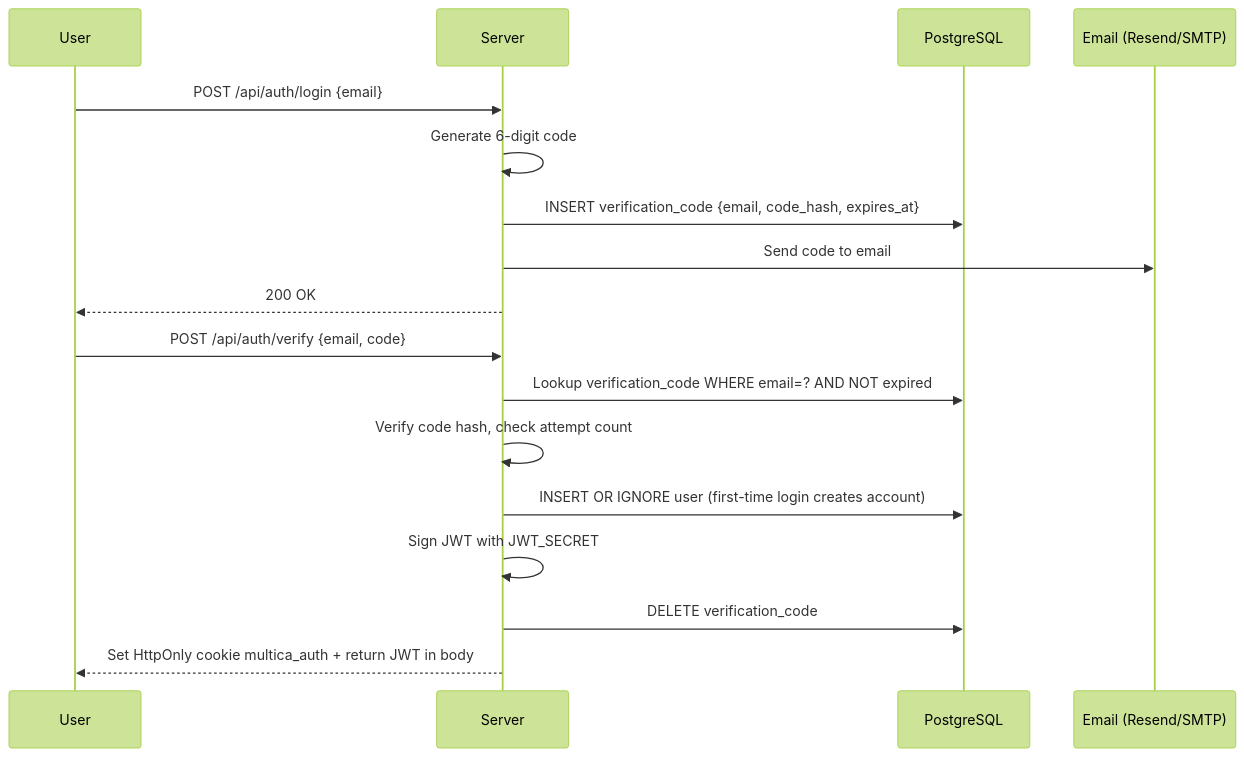
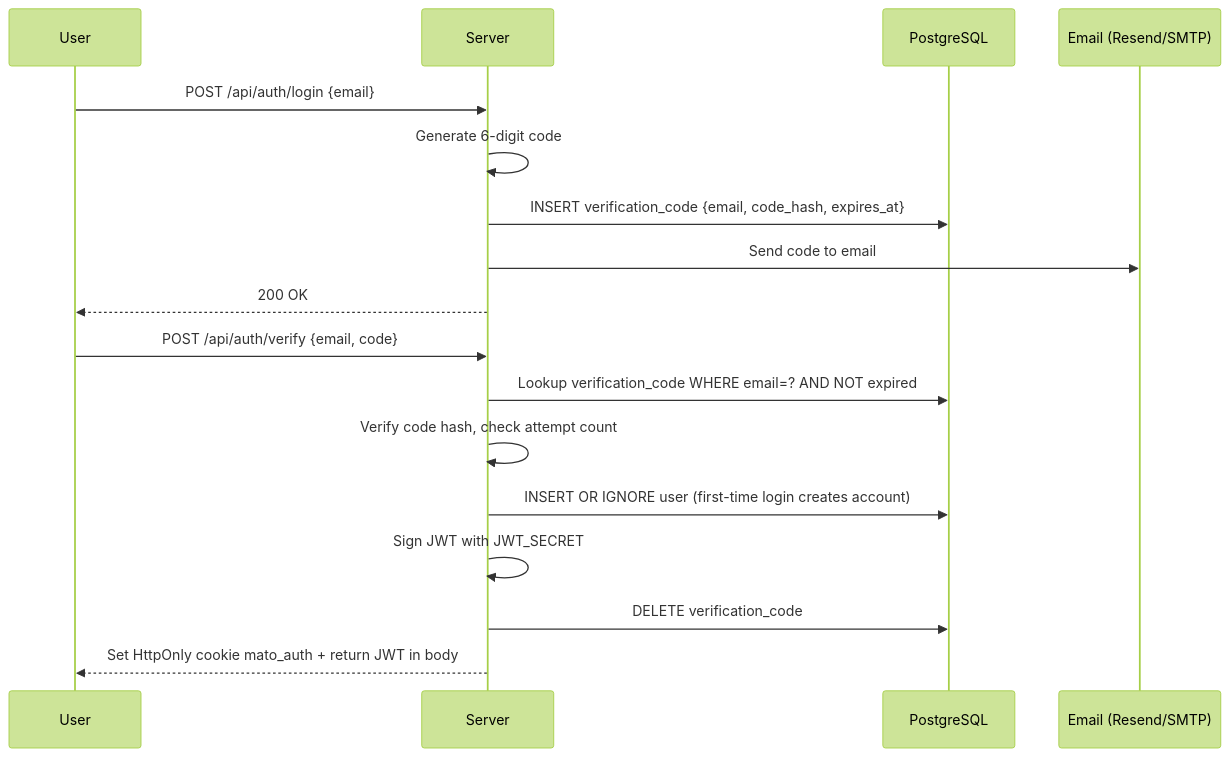
The first of 2 diagrams in knowledge-base/backend/05-authentication-access-control.md (JCB-5280/multica-jcb), drawn with Mermaid (forest theme) before and after one commit. The commit also changed other lines of this file and 836 other files, not shown here.

First line of the commit message:
feat: update branding from Multica to MATO

````diff
--- a/knowledge-base/backend/05-authentication-access-control.md
+++ b/knowledge-base/backend/05-authentication-access-control.md
@@ -51,21 +51,21 @@
 ```mermaid
 sequenceDiagram
     participant U as User
     participant S as Server
     participant DB as PostgreSQL
     participant E as Email (Resend/SMTP)
 
     U->>S: POST /api/auth/login {email}
     S->>S: Generate 6-digit code
     S->>DB: INSERT verification_code {email, code_hash, expires_at}
     S->>E: Send code to email
     S-->>U: 200 OK
 
     U->>S: POST /api/auth/verify {email, code}
     S->>DB: Lookup verification_code WHERE email=? AND NOT expired
     S->>S: Verify code hash, check attempt count
     S->>DB: INSERT OR IGNORE user (first-time login creates account)
     S->>S: Sign JWT with JWT_SECRET
     S->>DB: DELETE verification_code
-    S-->>U: Set HttpOnly cookie multica_auth + return JWT in body
+    S-->>U: Set HttpOnly cookie mato_auth + return JWT in body
 ```
````
